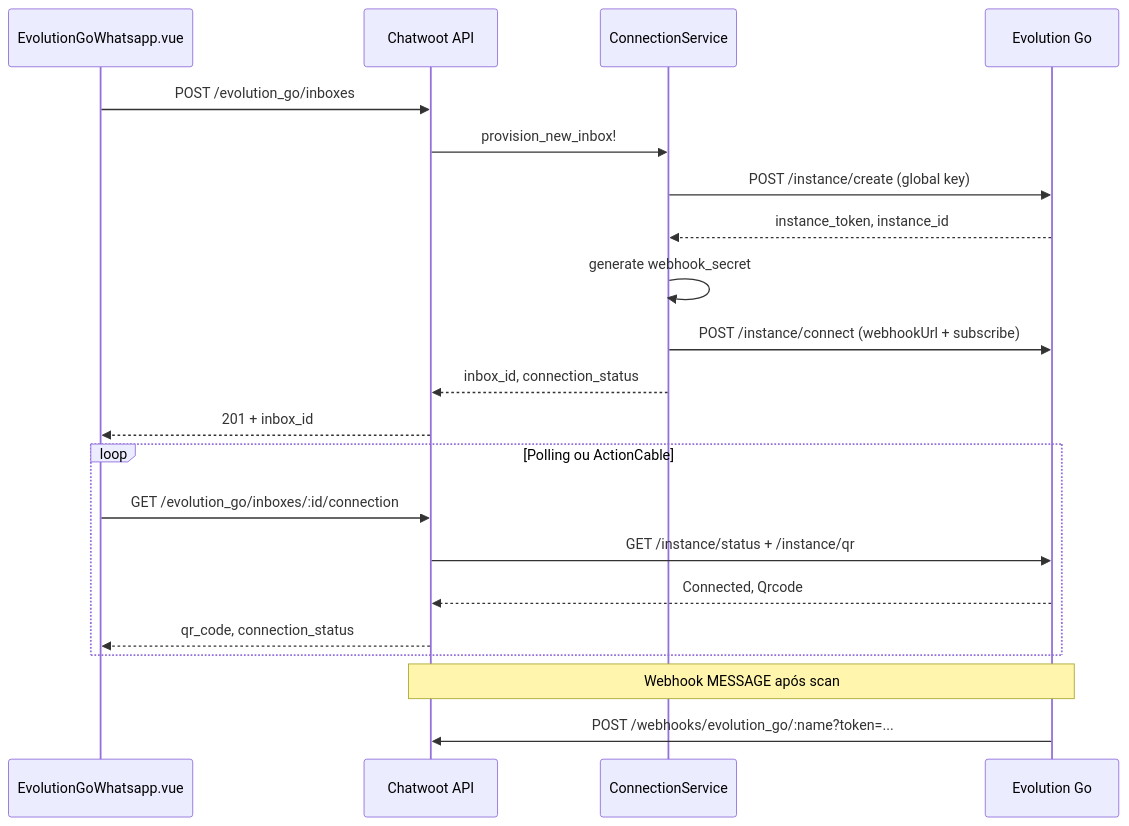
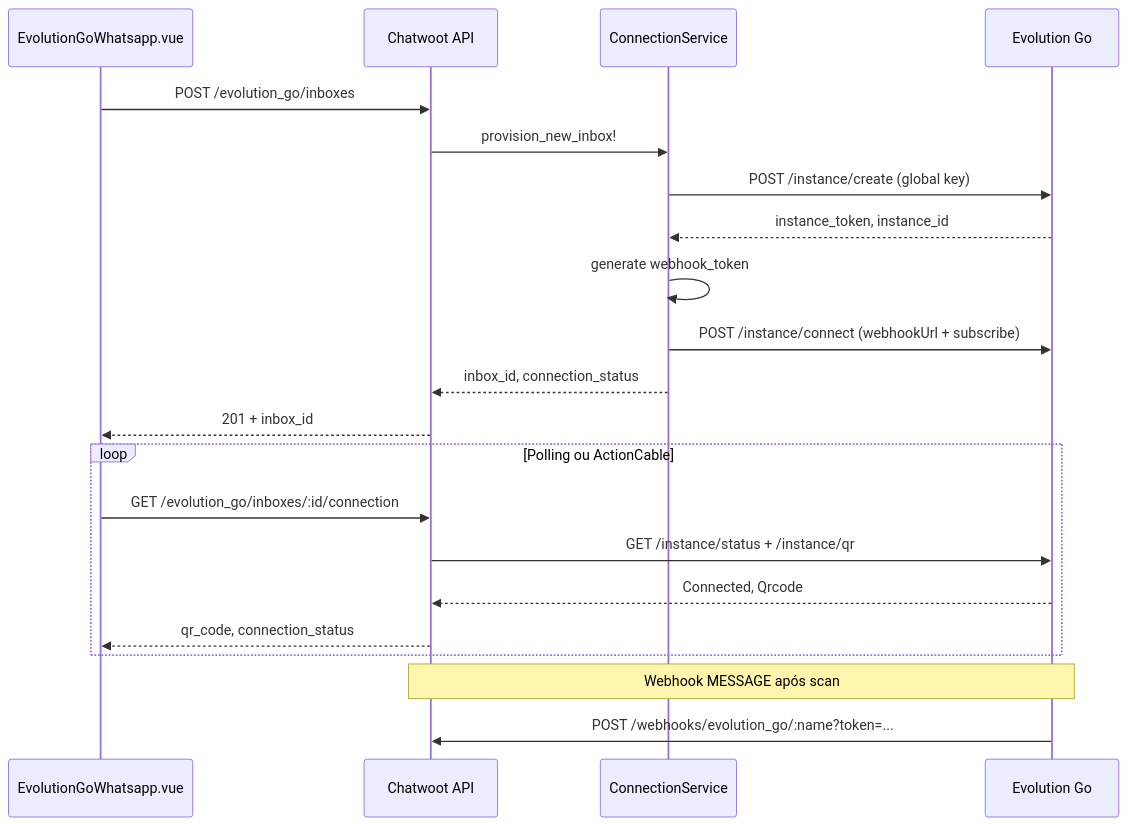
One commit to cesar-carlos/chatwoot changed the second of 2 diagrams in doc/feature/whatsapp-provider/evolution-go/frontend-wizard-spec.md. Above: the diagram before and after it, drawn with Mermaid. The commit also changed other lines of this file and 32 other files, not shown here.

````diff
--- a/doc/feature/whatsapp-provider/evolution-go/frontend-wizard-spec.md
+++ b/doc/feature/whatsapp-provider/evolution-go/frontend-wizard-spec.md
@@ -103,26 +103,26 @@
 ```mermaid
 sequenceDiagram
   participant UI as EvolutionGoWhatsapp.vue
   participant API as Chatwoot API
   participant CS as ConnectionService
   participant GO as Evolution Go
 
   UI->>API: POST /evolution_go/inboxes
   API->>CS: provision_new_inbox!
   CS->>GO: POST /instance/create (global key)
   GO-->>CS: instance_token, instance_id
-  CS->>CS: generate webhook_secret
+  CS->>CS: generate webhook_token
   CS->>GO: POST /instance/connect (webhookUrl + subscribe)
   CS-->>API: inbox_id, connection_status
   API-->>UI: 201 + inbox_id
 
   loop Polling ou ActionCable
     UI->>API: GET /evolution_go/inboxes/:id/connection
     API->>GO: GET /instance/status + /instance/qr
     GO-->>API: Connected, Qrcode
     API-->>UI: qr_code, connection_status
   end
 
   Note over GO,API: Webhook MESSAGE após scan
   GO->>API: POST /webhooks/evolution_go/:name?token=...
 ```
````
